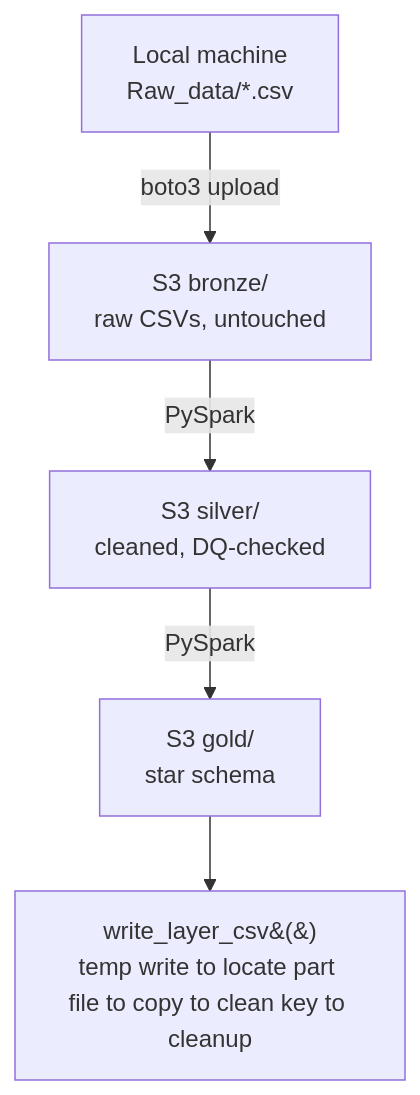
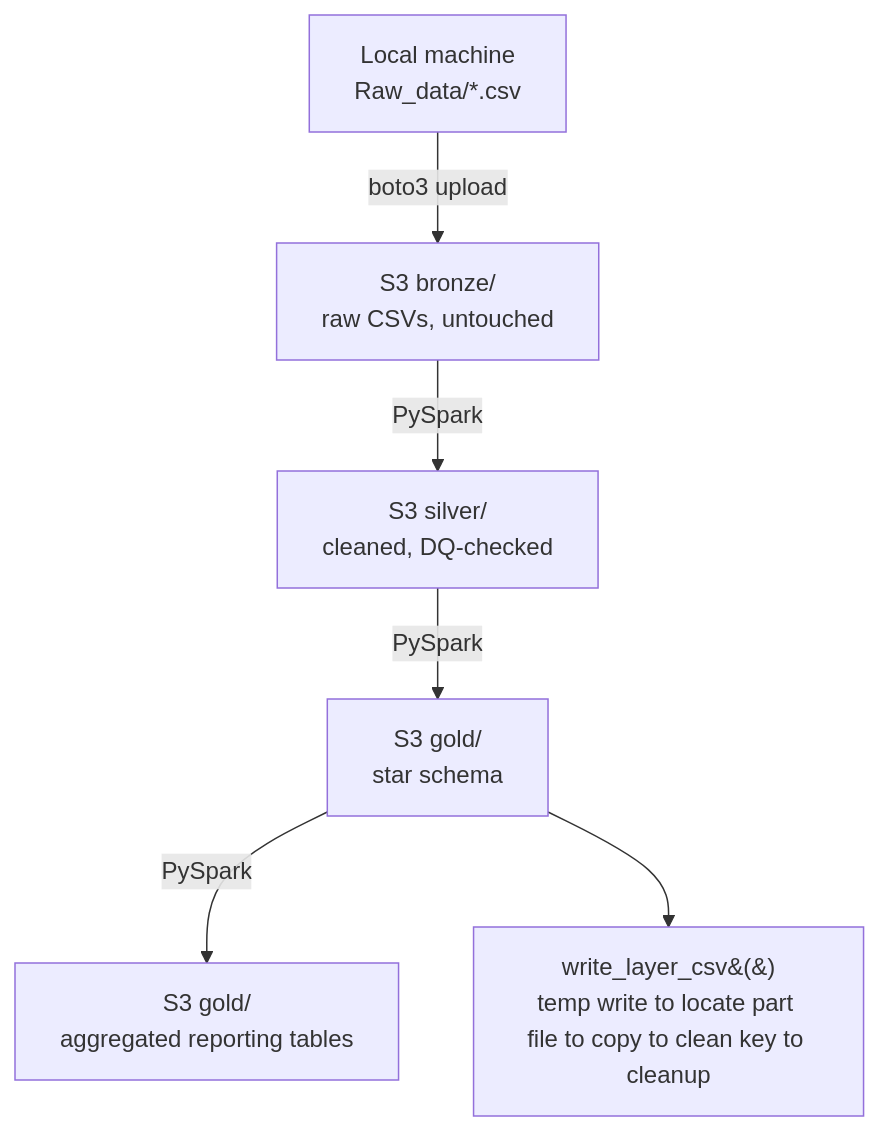
One commit to GUHAN4009/automated-cloud-batch-pipeline changed the first of 3 diagrams in README.md. Above: the diagram before and after it, drawn with Mermaid. The commit also changed other lines of this file, not shown here.

````diff
--- a/README.md
+++ b/README.md
@@ -38,7 +47,8 @@
 ```mermaid
 graph TD
     A[Local machine<br/>Raw_data/*.csv] -->|boto3 upload| B[S3 bronze/<br/>raw CSVs, untouched]
     B -->|PySpark| C[S3 silver/<br/>cleaned, DQ-checked]
     C -->|PySpark| D[S3 gold/<br/>star schema]
+    D -->|PySpark| F[S3 gold/<br/>aggregated reporting tables]
     D --> E[write_layer_csv&#40;&#41;<br/>temp write to locate part file to copy to clean key to cleanup]
 ```
````
